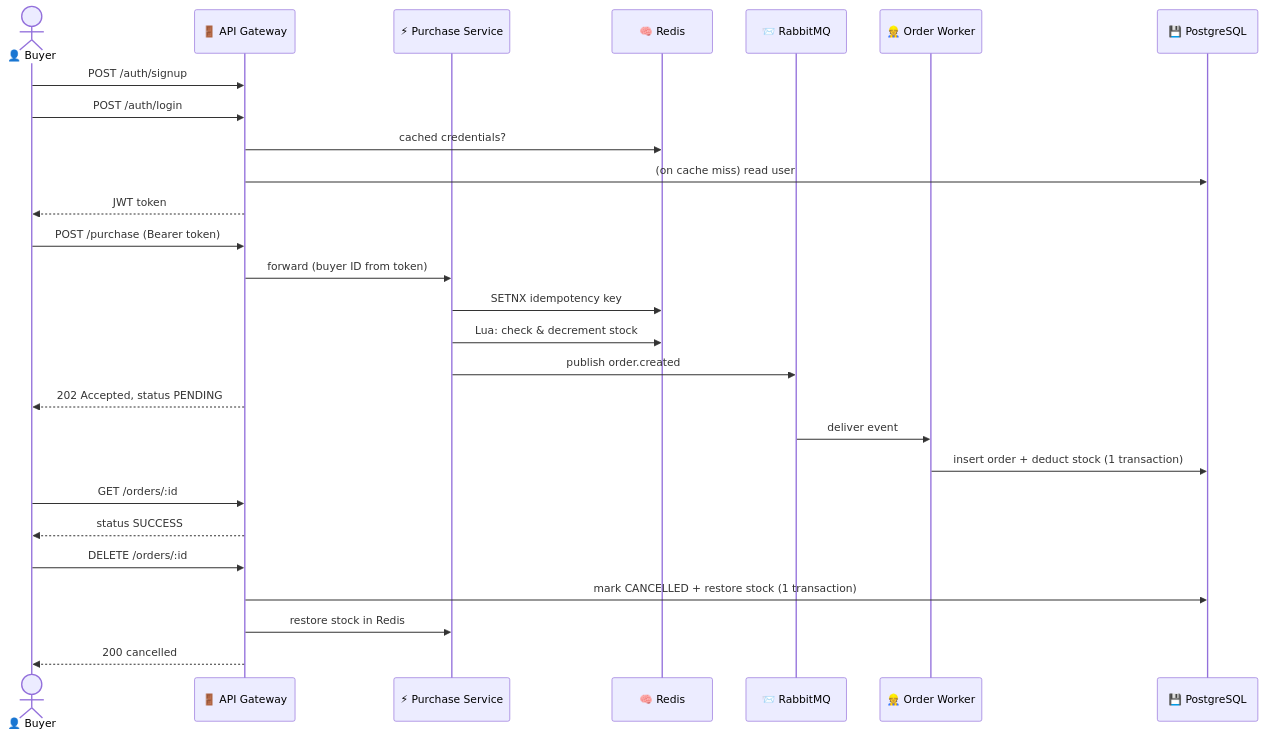
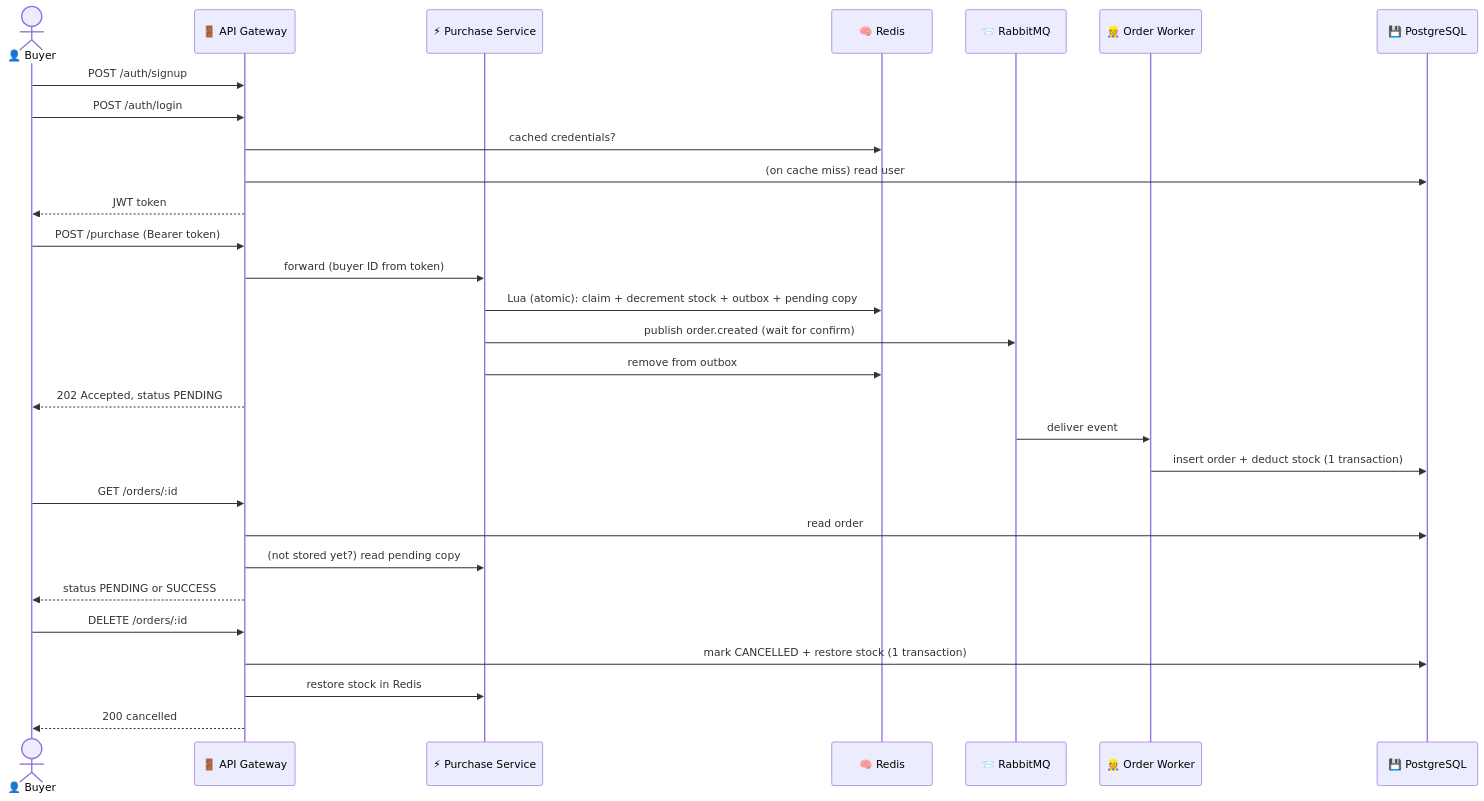
One commit to albert4183r7/Flash-Sale-Engine changed the second of 2 diagrams in README.md. Above: the diagram before and after it, drawn with Mermaid. The commit also changed other lines of this file and 21 other files, not shown here.

First line of the commit message:
feat: atomic reservation with outbox, idempotent retries, pending orders

````diff
--- a/README.md
+++ b/README.md
@@ -112,34 +129,36 @@
 ```mermaid
 sequenceDiagram
     actor U as 👤 Buyer
     participant AG as 🚪 API Gateway
     participant PS as ⚡ Purchase Service
     participant R as 🧠 Redis
     participant MQ as 📨 RabbitMQ
     participant W as 👷 Order Worker
     participant DB as 💾 PostgreSQL
 
     U->>AG: POST /auth/signup
     U->>AG: POST /auth/login
     AG->>R: cached credentials?
     AG->>DB: (on cache miss) read user
     AG-->>U: JWT token
 
     U->>AG: POST /purchase (Bearer token)
     AG->>PS: forward (buyer ID from token)
-    PS->>R: SETNX idempotency key
-    PS->>R: Lua: check & decrement stock
-    PS->>MQ: publish order.created
+    PS->>R: Lua (atomic): claim + decrement stock + outbox + pending copy
+    PS->>MQ: publish order.created (wait for confirm)
+    PS->>R: remove from outbox
     AG-->>U: 202 Accepted, status PENDING
 
     MQ->>W: deliver event
     W->>DB: insert order + deduct stock (1 transaction)
 
     U->>AG: GET /orders/:id
-    AG-->>U: status SUCCESS
+    AG->>DB: read order
+    AG->>PS: (not stored yet?) read pending copy
+    AG-->>U: status PENDING or SUCCESS
 
     U->>AG: DELETE /orders/:id
     AG->>DB: mark CANCELLED + restore stock (1 transaction)
     AG->>PS: restore stock in Redis
     AG-->>U: 200 cancelled
 ```
````
